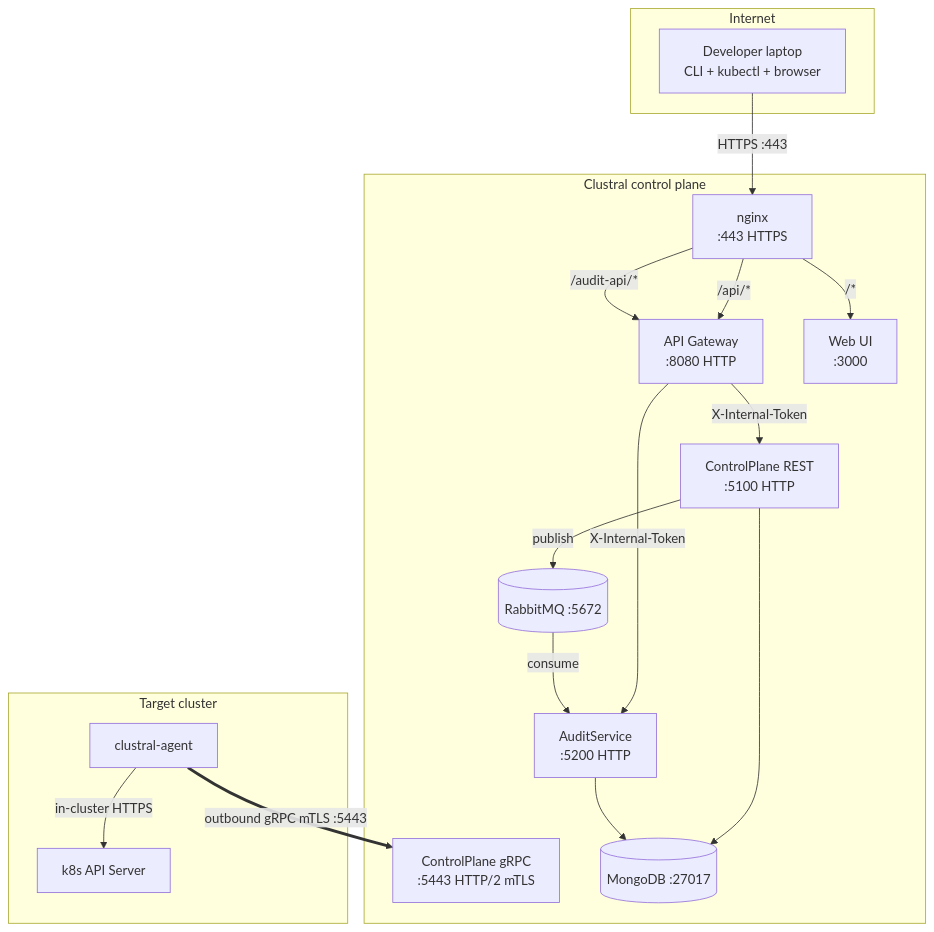
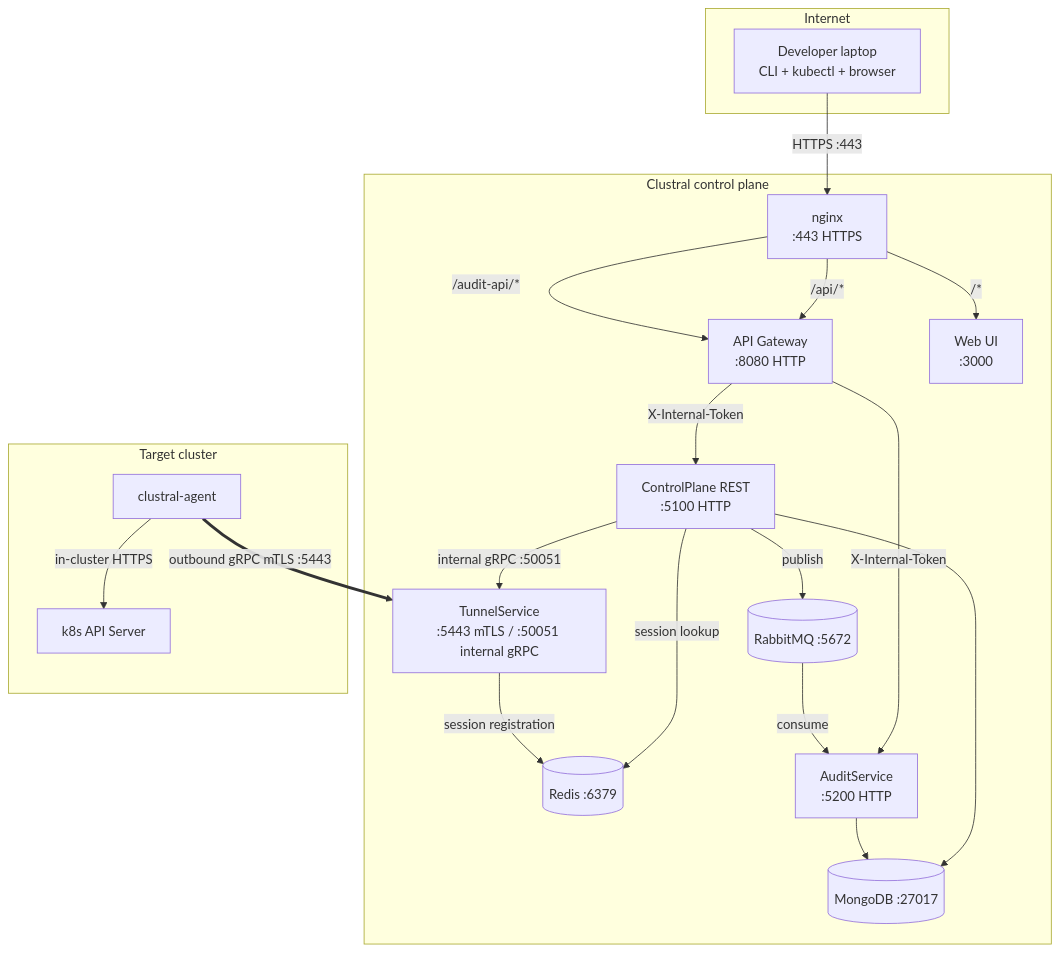
Before and after one commit to Clustral/clustral: the first of 4 diagrams in docs-site/architecture/network-map.md, drawn with Mermaid. The commit also changed other lines of this file and 10 other files, not shown here.

First line of the commit message:
docs: update all diagrams + docs for TunnelService split (#4)

````diff
--- a/docs-site/architecture/network-map.md
+++ b/docs-site/architecture/network-map.md
@@ -33,35 +36,39 @@
 ```mermaid
 graph TB
     subgraph Internet
         USER[Developer laptop<br/>CLI + kubectl + browser]
     end
 
     subgraph "Clustral control plane"
         NGX[nginx<br/>:443 HTTPS]
         GW[API Gateway<br/>:8080 HTTP]
         WEB[Web UI<br/>:3000]
         CP_HTTP[ControlPlane REST<br/>:5100 HTTP]
-        CP_GRPC[ControlPlane gRPC<br/>:5443 HTTP/2 mTLS]
+        TUNNEL[TunnelService<br/>:5443 mTLS / :50051 internal gRPC]
+        REDIS[(Redis :6379)]
         AUDIT[AuditService<br/>:5200 HTTP]
         MONGO[(MongoDB :27017)]
         MQ[(RabbitMQ :5672)]
     end
 
     subgraph "Target cluster"
         AGENT[clustral-agent]
         K8S[k8s API Server]
     end
 
     USER -- "HTTPS :443" --> NGX
     NGX -- "/api/*" --> GW
     NGX -- "/*" --> WEB
     NGX -- "/audit-api/*" --> GW
     GW -- "X-Internal-Token" --> CP_HTTP
     GW -- "X-Internal-Token" --> AUDIT
+    CP_HTTP -- "session lookup" --> REDIS
+    CP_HTTP -- "internal gRPC :50051" --> TUNNEL
     CP_HTTP --> MONGO
     AUDIT --> MONGO
     CP_HTTP -- "publish" --> MQ
     MQ -- "consume" --> AUDIT
-    AGENT == "outbound gRPC mTLS :5443" ==> CP_GRPC
+    TUNNEL -- "session registration" --> REDIS
+    AGENT == "outbound gRPC mTLS :5443" ==> TUNNEL
     AGENT -- "in-cluster HTTPS" --> K8S
 ```
````
